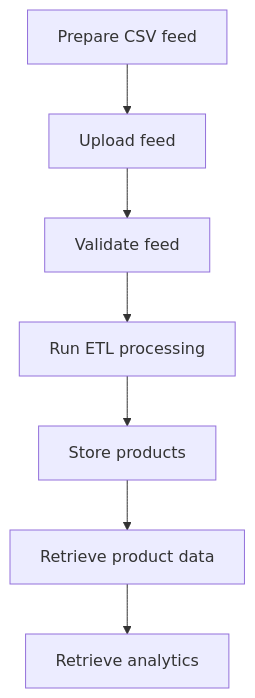
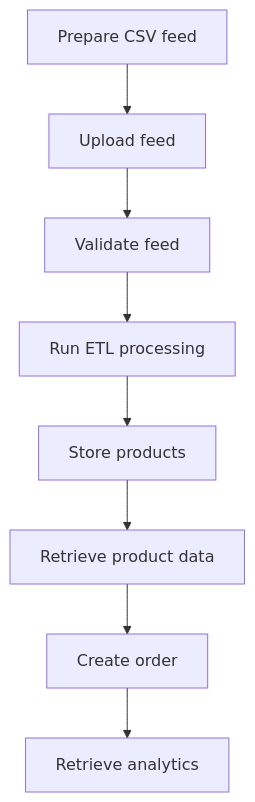
One commit to rayajose/writing-portfolio changed the first of 2 diagrams in docs/api/integration-guide.md. Above: the diagram before and after it, drawn with Mermaid. The commit also changed other lines of this file, not shown here.

````diff
--- a/docs/api/integration-guide.md
+++ b/docs/api/integration-guide.md
@@ -14,9 +15,10 @@
 ```mermaid
 flowchart TD
     A[Prepare CSV feed] --> B[Upload feed]
     B --> C[Validate feed]
     C --> D[Run ETL processing]
     D --> E[Store products]
     E --> F[Retrieve product data]
-    F --> G[Retrieve analytics]
+    F --> G[Create order]
+    G --> H[Retrieve analytics]
 ```
````
